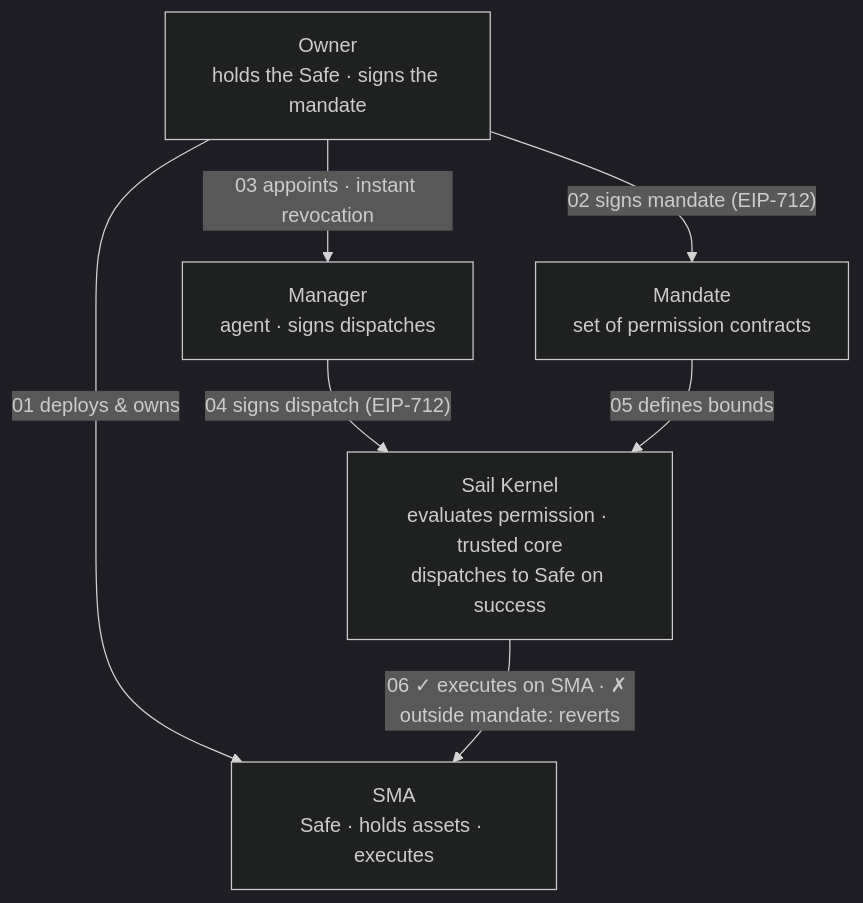
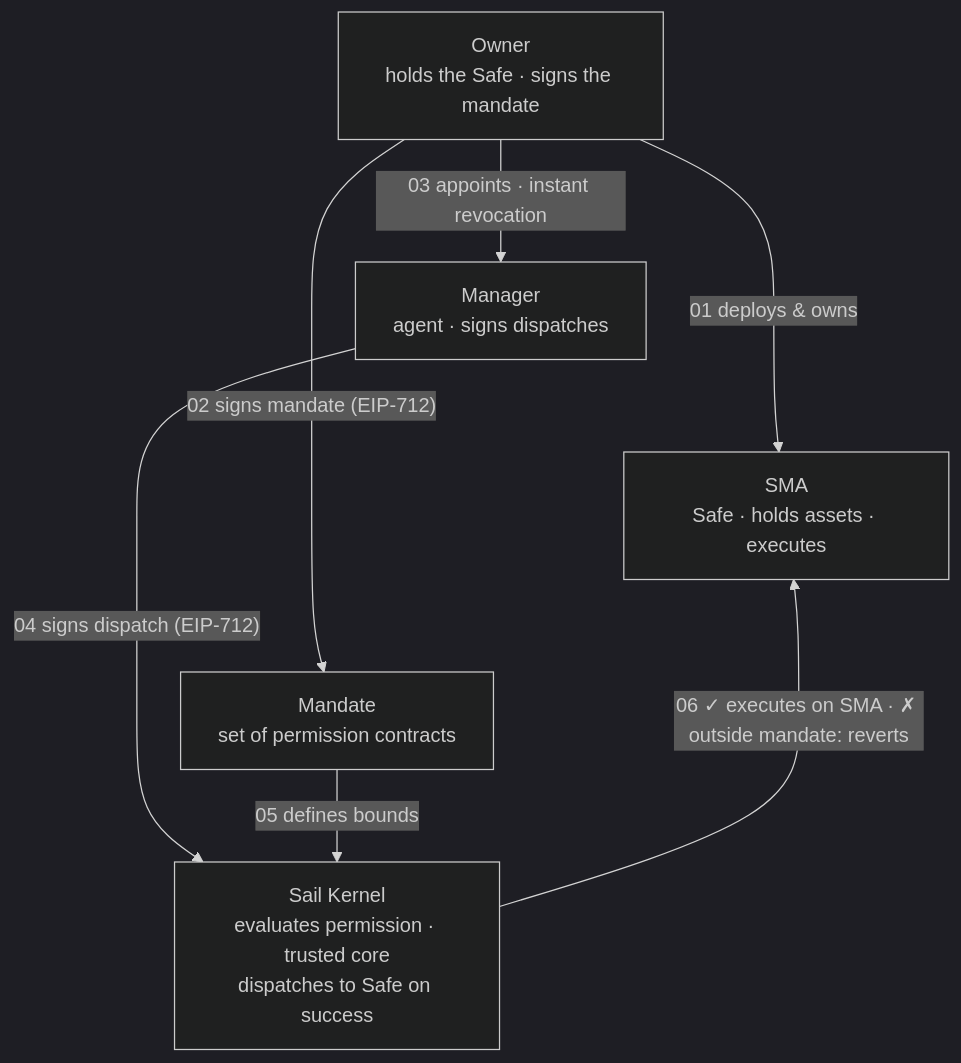
One commit to sail-money/Protocol changed the diagram in README.md. Above: the diagram before and after it, drawn with Mermaid (dark theme).

Commit message:
docs: fix README diagram node placement via invisible rank links
Use ~~~ invisible edges to force Manager, SMA, Mandate onto the same
rank — reproduces the whitepaper diamond layout (Owner top, three nodes
middle, Kernel bottom) instead of SMA being pushed to the bottom.

````diff
--- a/README.md
+++ b/README.md
@@ -13,15 +13,17 @@
 ```mermaid
 flowchart TD
     Owner["Owner\nholds the Safe · signs the mandate"]
     Manager["Manager\nagent · signs dispatches"]
+    SMA["SMA\nSafe · holds assets · executes"]
     Mandate["Mandate\nset of permission contracts"]
     Kernel["Sail Kernel\nevaluates permission · trusted core\ndispatches to Safe on success"]
-    SMA["SMA\nSafe · holds assets · executes"]
 
     Owner -- "01 deploys & owns" --> SMA
+    Owner -- "03 appoints · instant revocation" --> Manager
     Owner -- "02 signs mandate (EIP-712)" --> Mandate
-    Owner -- "03 appoints · instant revocation" --> Manager
+    Manager ~~~ SMA
+    SMA ~~~ Mandate
     Manager -- "04 signs dispatch (EIP-712)" --> Kernel
     Mandate -- "05 defines bounds" --> Kernel
     Kernel -- "06 ✓ executes on SMA · ✗ outside mandate: reverts" --> SMA
 ```
````
